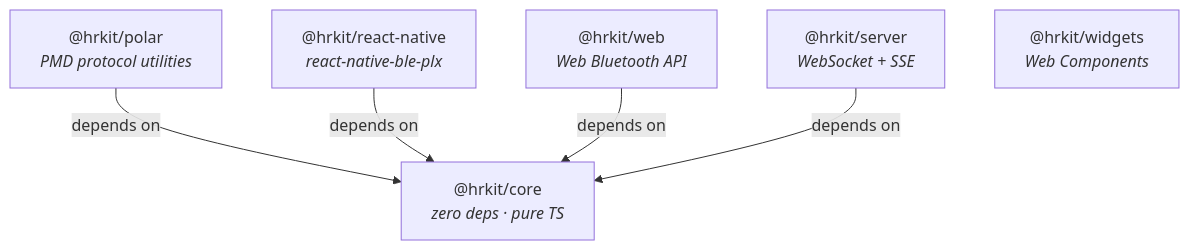
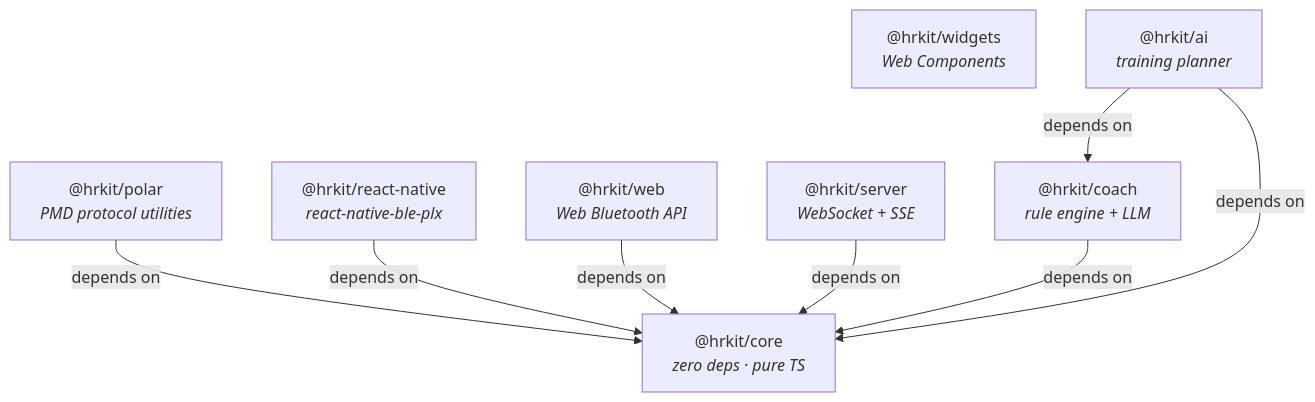
One commit to josedab/hrkit changed the diagram in website/docs/core-concepts/architecture.md. Above: the diagram before and after it, drawn with Mermaid. The commit also changed other lines of this file and 32 other files, not shown here.

````diff
--- a/website/docs/core-concepts/architecture.md
+++ b/website/docs/core-concepts/architecture.md
@@ -13,14 +13,19 @@
 ```mermaid
 graph TD
     CORE["@hrkit/core<br/><i>zero deps · pure TS</i>"]
     POLAR["@hrkit/polar<br/><i>PMD protocol utilities</i>"]
     RN["@hrkit/react-native<br/><i>react-native-ble-plx</i>"]
     WEB["@hrkit/web<br/><i>Web Bluetooth API</i>"]
     SERVER["@hrkit/server<br/><i>WebSocket + SSE</i>"]
     WIDGETS["@hrkit/widgets<br/><i>Web Components</i>"]
+    COACH["@hrkit/coach<br/><i>rule engine + LLM</i>"]
+    AI["@hrkit/ai<br/><i>training planner</i>"]
 
     POLAR -->|depends on| CORE
     RN -->|depends on| CORE
     WEB -->|depends on| CORE
     SERVER -->|depends on| CORE
+    COACH -->|depends on| CORE
+    AI -->|depends on| CORE
+    AI -->|depends on| COACH
 ```
````
